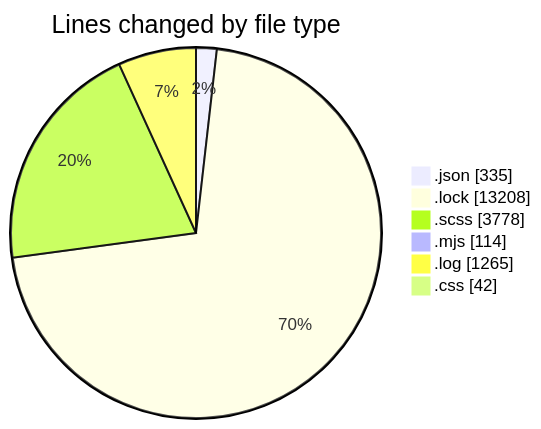
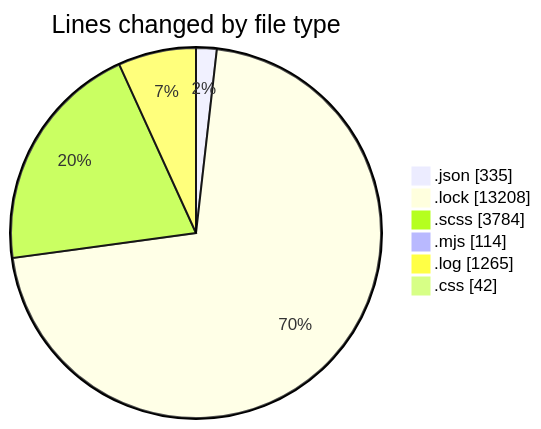
The first of 2 diagrams in 2026-01-26/cda/README.md (momahboobian/code-tracking), drawn with Mermaid before and after one commit. The commit also changed other lines of this file and 1 other file, not shown here.

````diff
--- a/2026-01-26/cda/README.md
+++ b/2026-01-26/cda/README.md
@@ -32,10 +32,10 @@
 ```mermaid
 pie showData
 title Lines changed by file type
 ".json" : 335
 ".lock" : 13208
-".scss" : 3778
+".scss" : 3784
 ".mjs" : 114
 ".log" : 1265
 ".css" : 42
 ```
````
